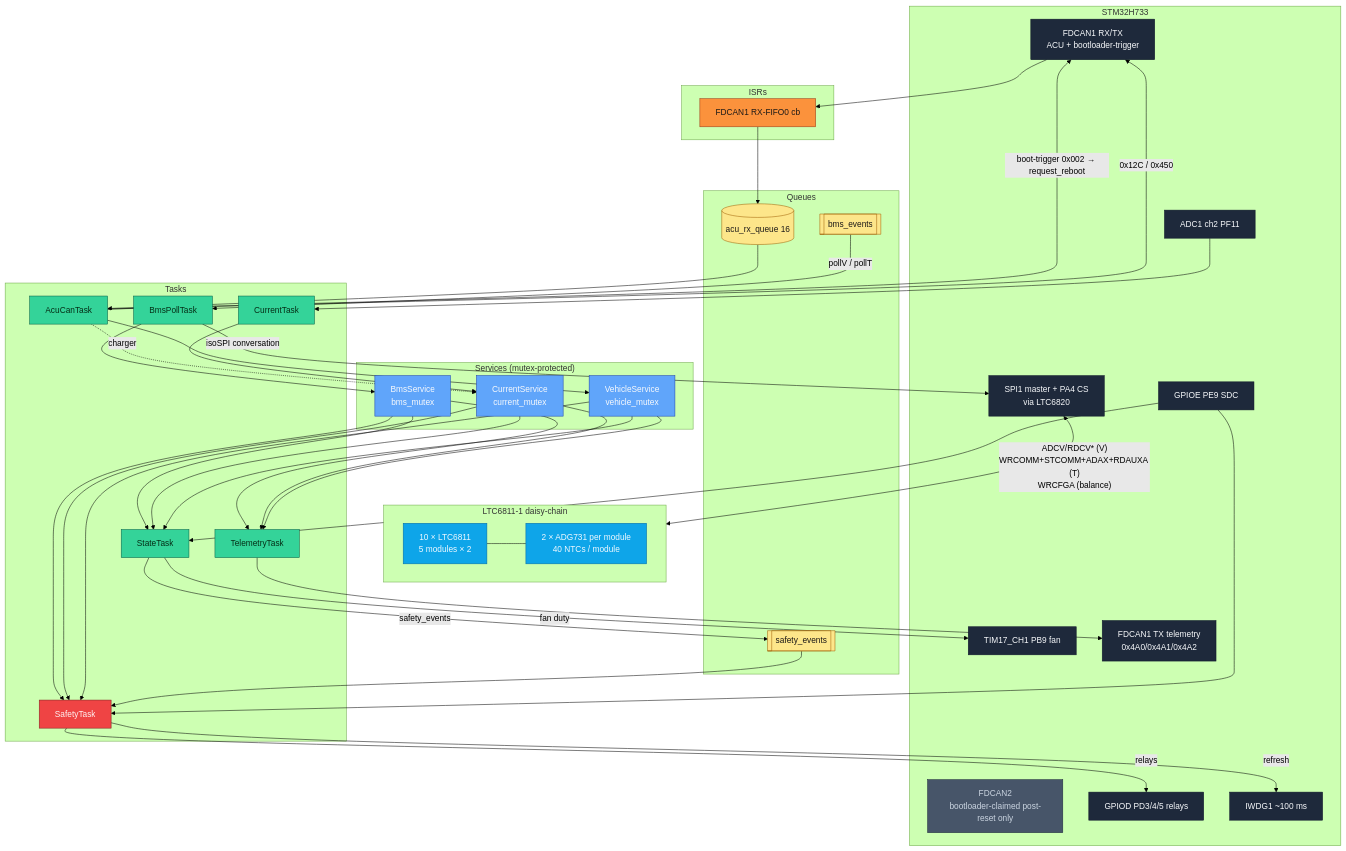
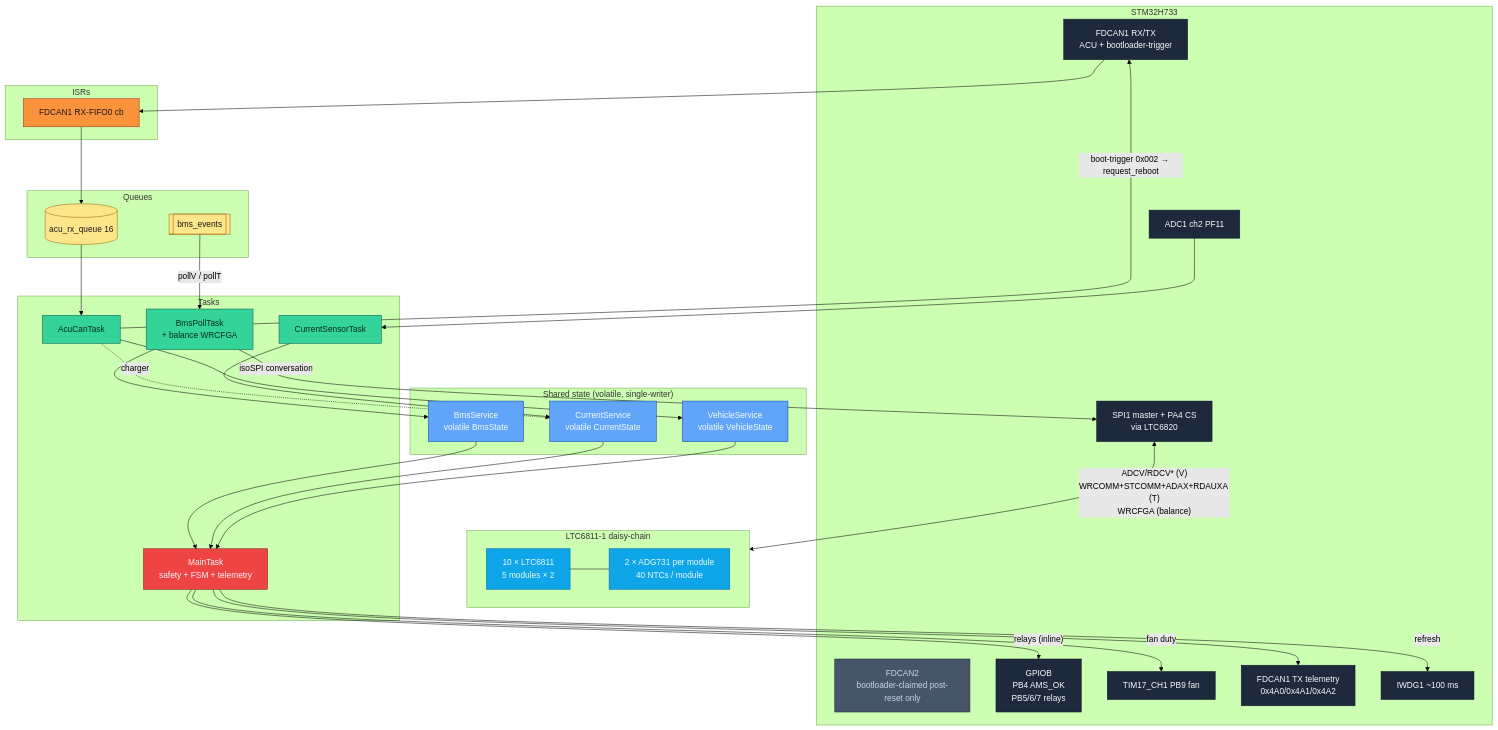
One commit to isc-fs/IFS08-CE-AMS changed the second of 4 diagrams in docs/ARCHITECTURE.md. Above: the diagram before and after it, drawn with Mermaid (forest theme). The commit also changed other lines of this file and 7 other files, not shown here.

````diff
--- a/docs/ARCHITECTURE.md
+++ b/docs/ARCHITECTURE.md
@@ -137,8 +193,7 @@
     FDCAN2[FDCAN2<br/>bootloader-claimed post-reset only]
     SPI1[SPI1 master + PA4 CS<br/>via LTC6820]
     ADC1[ADC1 ch2 PF11]
-    GPIOD[GPIOD PD3/4/5 relays]
-    GPIOE9[GPIOE PE9 SDC]
+    GPIOB[GPIOB<br/>PB4 AMS_OK<br/>PB5/6/7 relays]
     TIM17[TIM17_CH1 PB9 fan]
     FDCAN1TX[FDCAN1 TX telemetry<br/>0x4A0/0x4A1/0x4A2]
     IWDG[IWDG1 ~100 ms]
@@ -156,29 +211,25 @@
 
   subgraph Queues
     acu_rx[(acu_rx_queue 16)]
-    sa_evt[[safety_events]]
     bms_evt[[bms_events]]
   end
 
-  subgraph Services["Services (mutex-protected)"]
-    BmsSvc[BmsService<br/>bms_mutex]
-    CurSvc[CurrentService<br/>current_mutex]
-    VehSvc[VehicleService<br/>vehicle_mutex]
+  subgraph State["Shared state (volatile, single-writer)"]
+    BmsSvc[BmsService<br/>volatile BmsState]
+    CurSvc[CurrentService<br/>volatile CurrentState]
+    VehSvc[VehicleService<br/>volatile VehicleState]
   end
 
   subgraph Tasks
     AcuT[AcuCanTask]
-    BmsPollT[BmsPollTask]
-    CurT[CurrentTask]
-    StateT[StateTask]
-    SafeT[SafetyTask]
-    TeleT[TelemetryTask]
+    BmsPollT[BmsPollTask<br/>+ balance WRCFGA]
+    CurT[CurrentSensorTask]
+    MainT[MainTask<br/>safety + FSM + telemetry]
   end
 
   FDCAN1 --> RX1 --> acu_rx --> AcuT --> VehSvc
   AcuT -.charger.-> CurSvc
   AcuT -- "boot-trigger 0x002 → request_reboot" --> FDCAN1
-  AcuT -- "0x12C / 0x450" --> FDCAN1
 
   SPI1 <-->|"ADCV/RDCV* (V)<br/>WRCOMM+STCOMM+ADAX+RDAUXA (T)<br/>WRCFGA (balance)"| Chain
   BmsPollT -- "isoSPI conversation" --> SPI1
@@ -186,17 +237,12 @@
 
   ADC1 --> CurT --> CurSvc
 
-  BmsSvc & CurSvc & VehSvc --> StateT
-  BmsSvc & CurSvc & VehSvc --> SafeT
-  BmsSvc & CurSvc & VehSvc --> TeleT
+  BmsSvc & CurSvc & VehSvc --> MainT
 
-  StateT -- safety_events --> sa_evt --> SafeT
-  StateT -- fan duty --> TIM17
-  SafeT -- relays --> GPIOD
-  SafeT -- refresh --> IWDG
-  GPIOE9 --> SafeT
-  GPIOE9 --> StateT
-  TeleT --> FDCAN1TX
+  MainT -- relays (inline) --> GPIOB
+  MainT -- fan duty --> TIM17
+  MainT -- refresh --> IWDG
+  MainT --> FDCAN1TX
 
   bms_evt -- pollV / pollT --> BmsPollT
 
@@ -209,12 +255,12 @@
   classDef safe  fill:#ef4444,stroke:#7f1d1d,color:#fef2f2
   classDef dim   fill:#475569,stroke:#1e293b,color:#cbd5e1
 
-  class FDCAN1,SPI1,ADC1,GPIOD,GPIOE9,TIM17,FDCAN1TX,IWDG hw
+  class FDCAN1,SPI1,ADC1,GPIOB,TIM17,FDCAN1TX,IWDG hw
   class FDCAN2 dim
   class LTC,MUX chain
   class RX1 isr
-  class acu_rx,sa_evt,bms_evt queue
+  class acu_rx,bms_evt queue
   class BmsSvc,CurSvc,VehSvc svc
-  class AcuT,BmsPollT,CurT,StateT,TeleT task
-  class SafeT safe
+  class AcuT,BmsPollT,CurT task
+  class MainT safe
 ```
````
